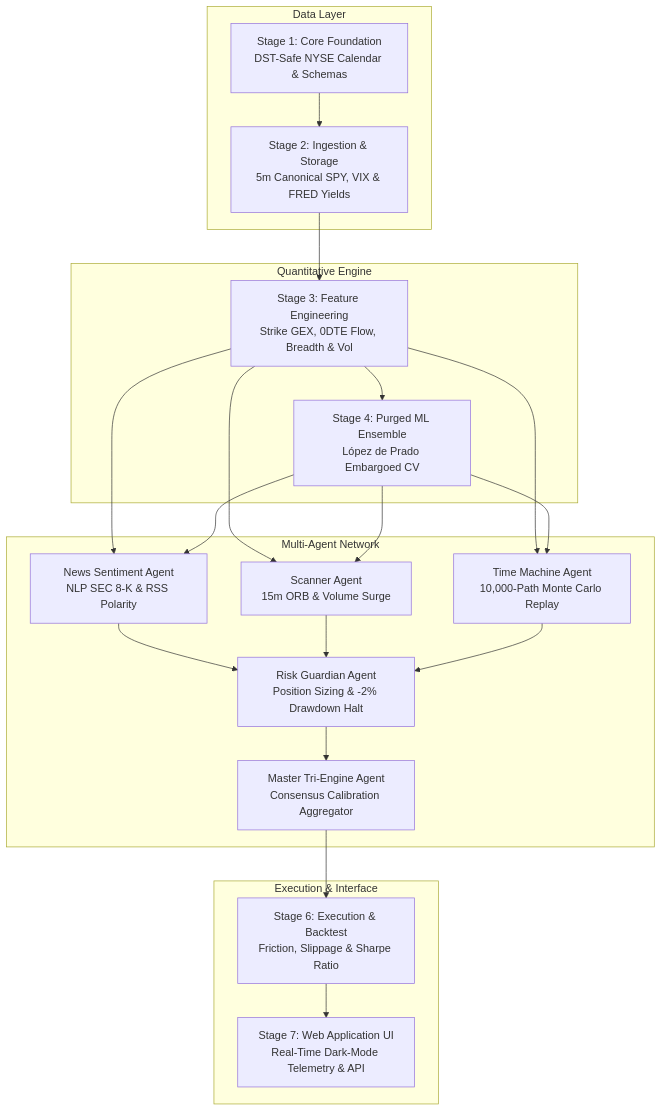
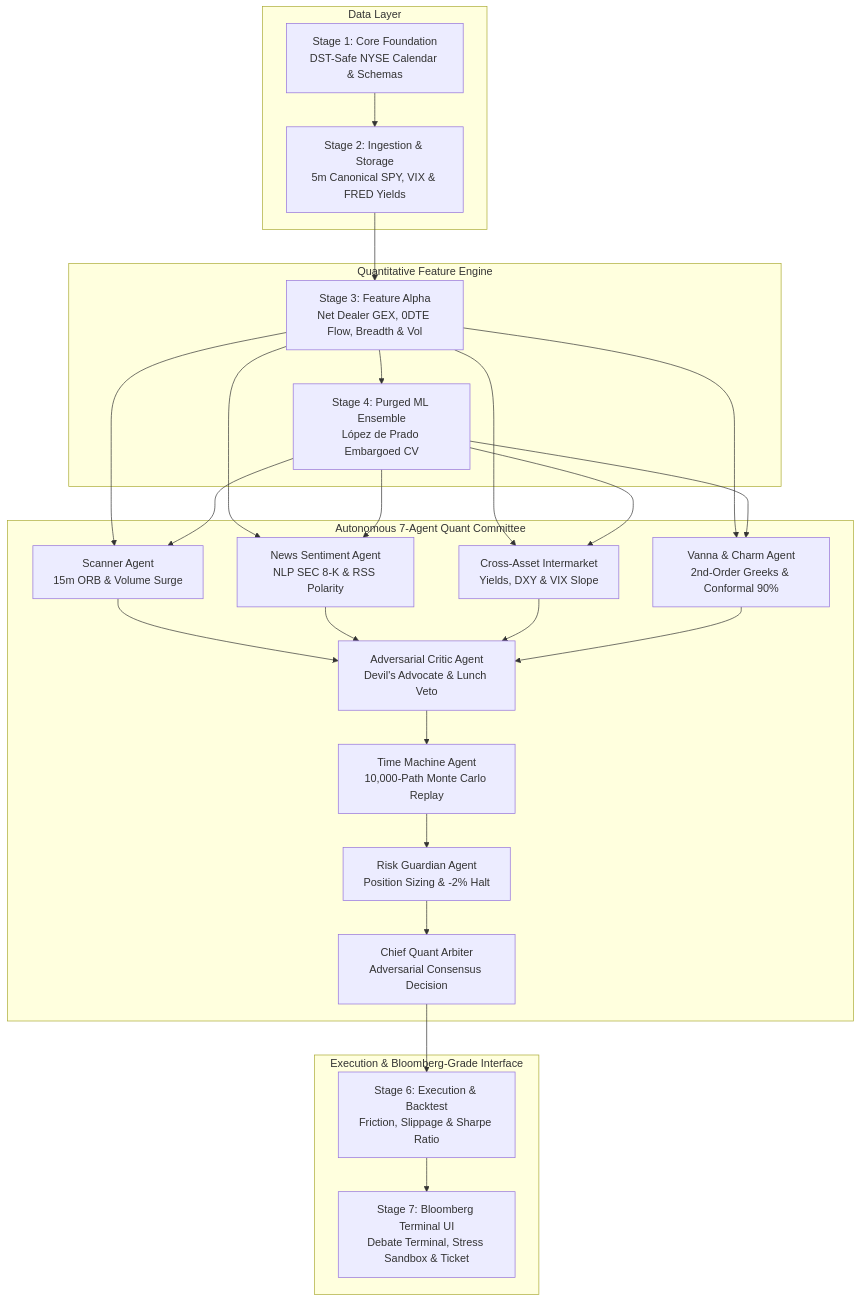
One commit to DoshabHussain/spx500-alpha-engine changed the diagram in README.md. Above: the diagram before and after it, drawn with Mermaid. The commit also changed other lines of this file, not shown here.

Commit message:
docs: comprehensive update to README.md documenting 7-agent committee, adversarial debate, second-order Greeks, and Bloomberg UI

````diff
--- a/README.md
+++ b/README.md
@@ -34,24 +36,28 @@
 ```mermaid
 flowchart TD
     subgraph Data Layer
         S1[Stage 1: Core Foundation<br/>DST-Safe NYSE Calendar & Schemas] --> S2[Stage 2: Ingestion & Storage<br/>5m Canonical SPY, VIX & FRED Yields]
     end
 
-    subgraph Quantitative Engine
-        S2 --> S3[Stage 3: Feature Engineering<br/>Strike GEX, 0DTE Flow, Breadth & Vol]
+    subgraph Quantitative Feature Engine
+        S2 --> S3[Stage 3: Feature Alpha<br/>Net Dealer GEX, 0DTE Flow, Breadth & Vol]
         S3 --> S4[Stage 4: Purged ML Ensemble<br/>López de Prado Embargoed CV]
     end
 
-    subgraph Multi-Agent Network
-        S3 & S4 --> S5A[News Sentiment Agent<br/>NLP SEC 8-K & RSS Polarity]
-        S3 & S4 --> S5B[Scanner Agent<br/>15m ORB & Volume Surge]
-        S3 & S4 --> S5C[Time Machine Agent<br/>10,000-Path Monte Carlo Replay]
-        S5A & S5B & S5C --> S5D[Risk Guardian Agent<br/>Position Sizing & -2% Drawdown Halt]
-        S5D --> S5E[Master Tri-Engine Agent<br/>Consensus Calibration Aggregator]
+    subgraph Autonomous 7-Agent Quant Committee
+        S3 & S4 --> S5A[Scanner Agent<br/>15m ORB & Volume Surge]
+        S3 & S4 --> S5B[News Sentiment Agent<br/>NLP SEC 8-K & RSS Polarity]
+        S3 & S4 --> S5C[Cross-Asset Intermarket<br/>Yields, DXY & VIX Slope]
+        S3 & S4 --> S5D[Vanna & Charm Agent<br/>2nd-Order Greeks & Conformal 90%]
+        
+        S5A & S5B & S5C & S5D --> S5E[Adversarial Critic Agent<br/>Devil's Advocate & Lunch Veto]
+        S5E --> S5F[Time Machine Agent<br/>10,000-Path Monte Carlo Replay]
+        S5F --> S5G[Risk Guardian Agent<br/>Position Sizing & -2% Halt]
+        S5G --> S5H[Chief Quant Arbiter<br/>Adversarial Consensus Decision]
     end
 
-    subgraph Execution & Interface
-        S5E --> S6[Stage 6: Execution & Backtest<br/>Friction, Slippage & Sharpe Ratio]
-        S6 --> S7[Stage 7: Web Application UI<br/>Real-Time Dark-Mode Telemetry & API]
+    subgraph Execution & Bloomberg-Grade Interface
+        S5H --> S6[Stage 6: Execution & Backtest<br/>Friction, Slippage & Sharpe Ratio]
+        S6 --> S7[Stage 7: Bloomberg Terminal UI<br/>Debate Terminal, Stress Sandbox & Ticket]
     end
 ```
````
